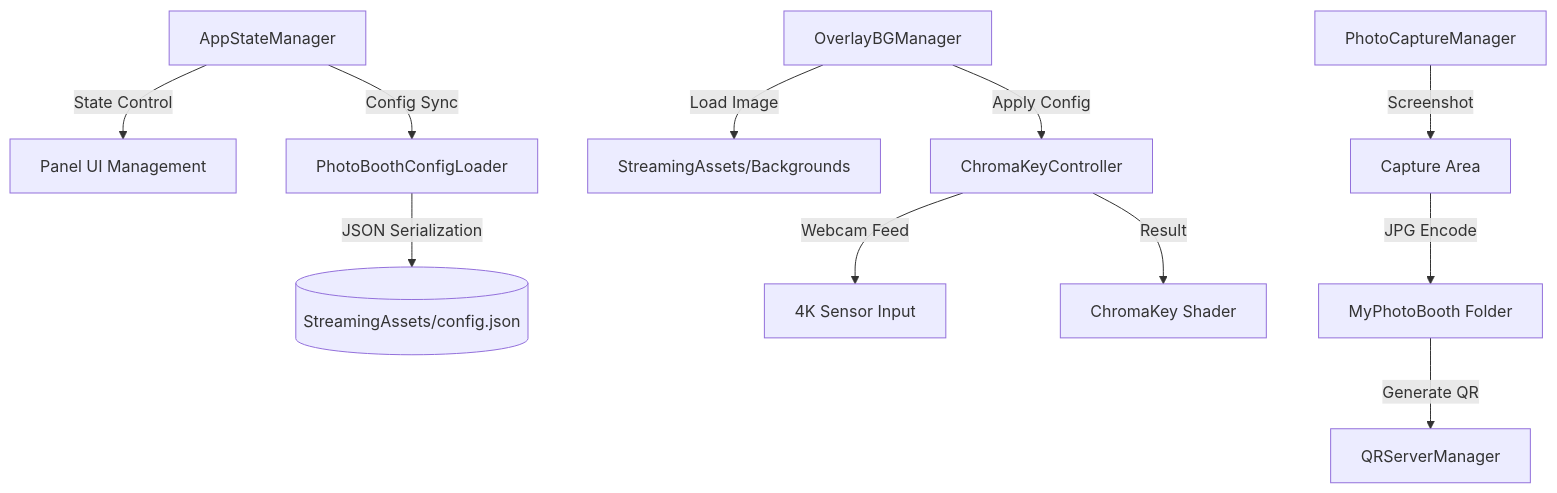
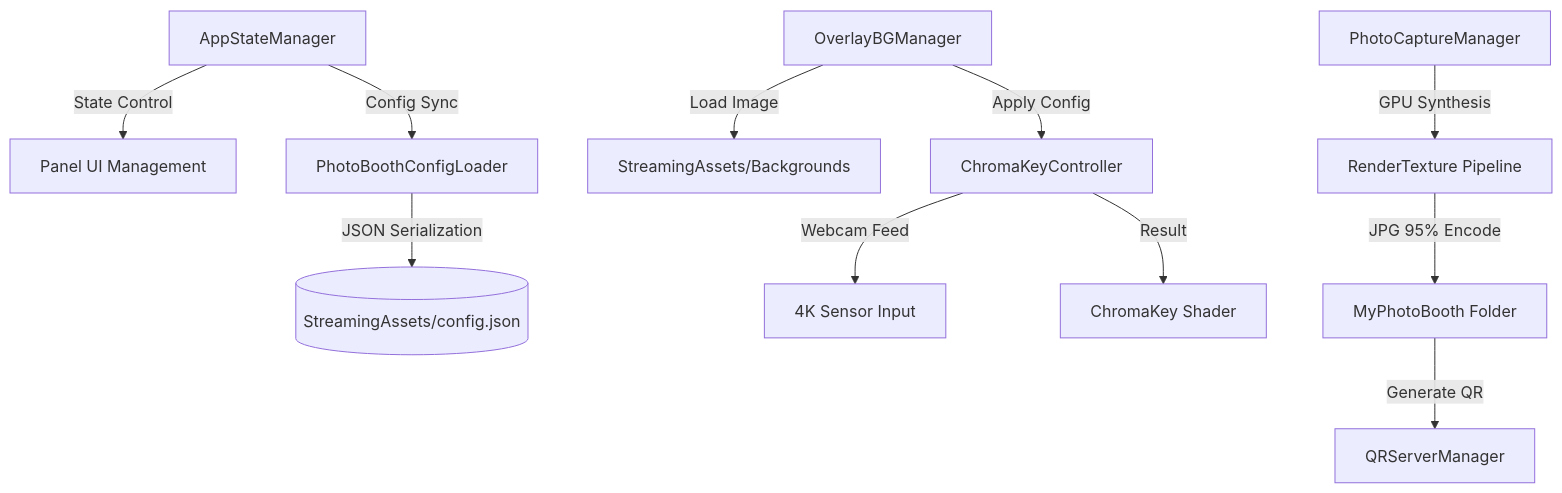
The diagram in README.md (Buvi-kr/photo-booth), drawn with Mermaid before and after one commit. The commit also changed other lines of this file and 3 other files, not shown here.

````diff
--- a/README.md
+++ b/README.md
@@ -36,16 +32,16 @@
 ```mermaid
 graph TD
     A[AppStateManager] -->|State Control| B[Panel UI Management]
     A -->|Config Sync| C[PhotoBoothConfigLoader]
     C -->|JSON Serialization| D[(StreamingAssets/config.json)]
     
     E[OverlayBGManager] -->|Load Image| F[StreamingAssets/Backgrounds]
     E -->|Apply Config| G[ChromaKeyController]
     
     G -->|Webcam Feed| H[4K Sensor Input]
     G -->|Result| I[ChromaKey Shader]
     
-    J[PhotoCaptureManager] -->|Screenshot| K[Capture Area]
-    K -->|JPG Encode| L[MyPhotoBooth Folder]
+    J[PhotoCaptureManager] -->|GPU Synthesis| K[RenderTexture Pipeline]
+    K -->|JPG 95% Encode| L[MyPhotoBooth Folder]
     L -->|Generate QR| M[QRServerManager]
 ```
````
